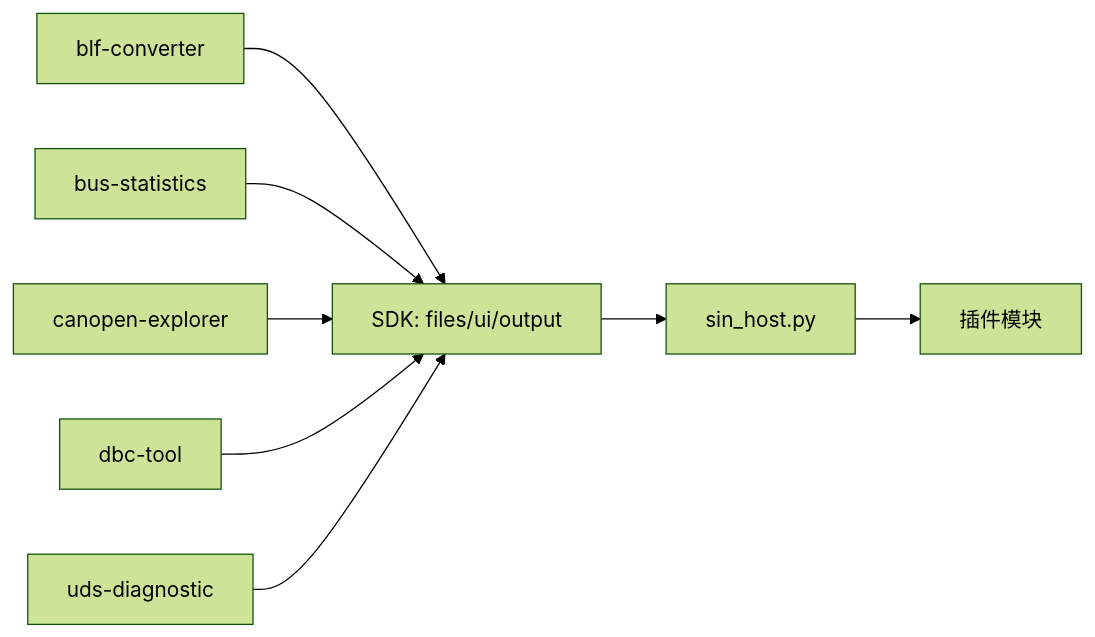
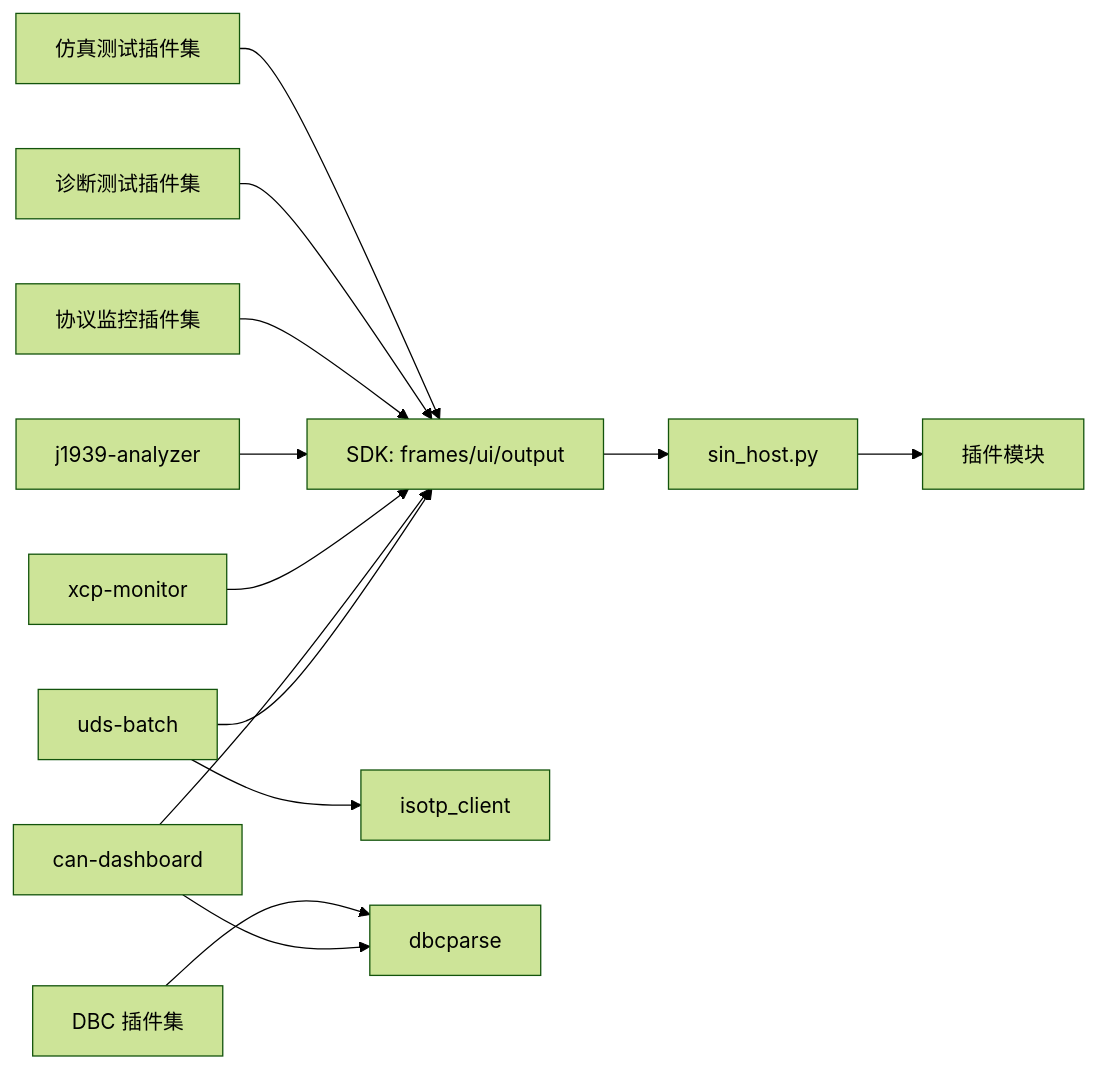
The eighth of 8 diagrams in .qoder/repowiki/zh/content/开发指南/示例插件.md (jakecai1225-design/OpenBus), drawn with Mermaid (forest theme) before and after one commit. The commit also changed other lines of this file and 80 other files, not shown here.

Commit message:
graphic 优化

````diff
--- a/.qoder/repowiki/zh/content/开发指南/示例插件.md
+++ b/.qoder/repowiki/zh/content/开发指南/示例插件.md
@@ -346,10 +425,15 @@
 ```mermaid
 graph LR
-BLF["blf-converter"] --> SDK["SDK: files/ui/output"]
-BUS["bus-statistics"] --> SDK
-CAN["canopen-explorer"] --> SDK
-DBC["dbc-tool"] --> SDK
-UDS["uds-diagnostic"] --> SDK
+UB["uds-batch"] --> SDK["SDK: frames/ui/output"]
+UB --> ISO["isotp_client"]
+CD["can-dashboard"] --> SDK
+CD --> DBC["dbcparse"]
+XM["xcp-monitor"] --> SDK
+JA["j1939-analyzer"] --> SDK
+DBCS["DBC 插件集"] --> DBC
+PROTO["协议监控插件集"] --> SDK
+DIAG["诊断测试插件集"] --> SDK
+SIM["仿真测试插件集"] --> SDK
 SDK --> HOST["sin_host.py"]
 HOST --> PLUG["插件模块"]
 ```
````
